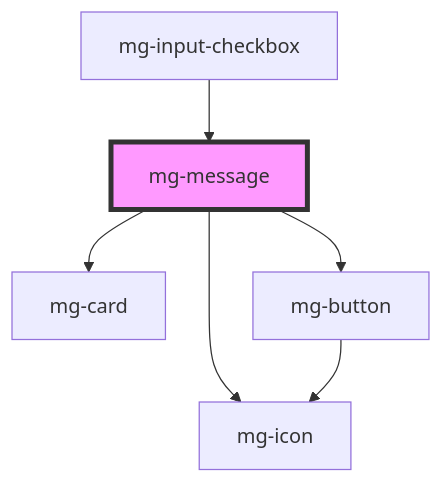
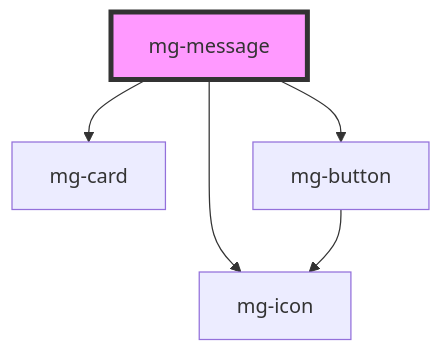
Before and after one commit to MGDIS/core-ui: the diagram in packages/mg-components/src/components/molecules/mg-message/readme.md, drawn with Mermaid. The commit also changed other lines of this file and 11 other files, not shown here.

First line of the commit message:
feat(mgInputCheckbox): remove pagination when pagination total-page < 2

````diff
--- a/packages/mg-components/src/components/molecules/mg-message/readme.md
+++ b/packages/mg-components/src/components/molecules/mg-message/readme.md
@@ -59,9 +55,8 @@
 ```mermaid
 graph TD;
   mg-message --> mg-card
   mg-message --> mg-icon
   mg-message --> mg-button
   mg-button --> mg-icon
-  mg-input-checkbox --> mg-message
   style mg-message fill:#f9f,stroke:#333,stroke-width:4px
 ```
````
